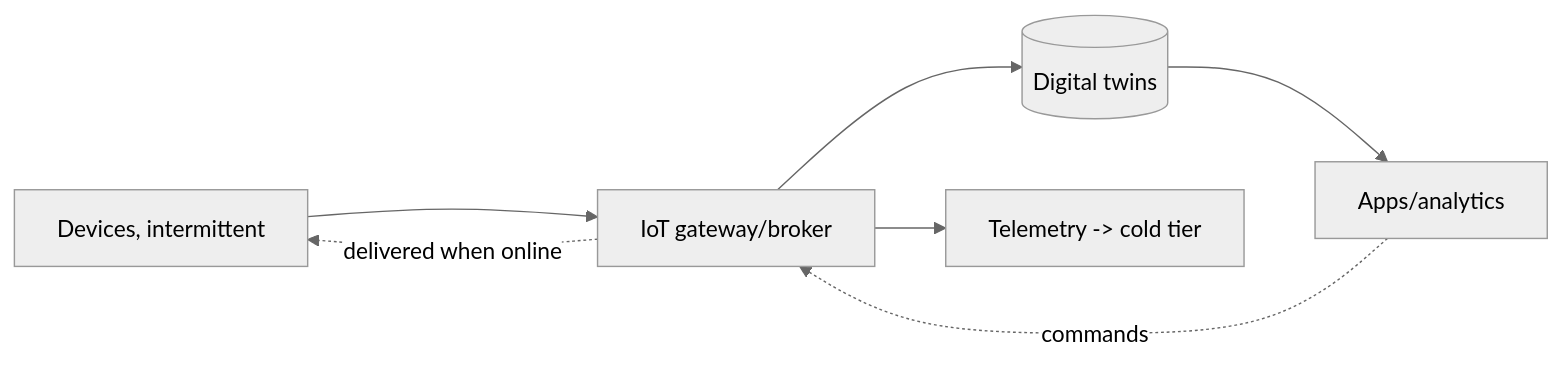
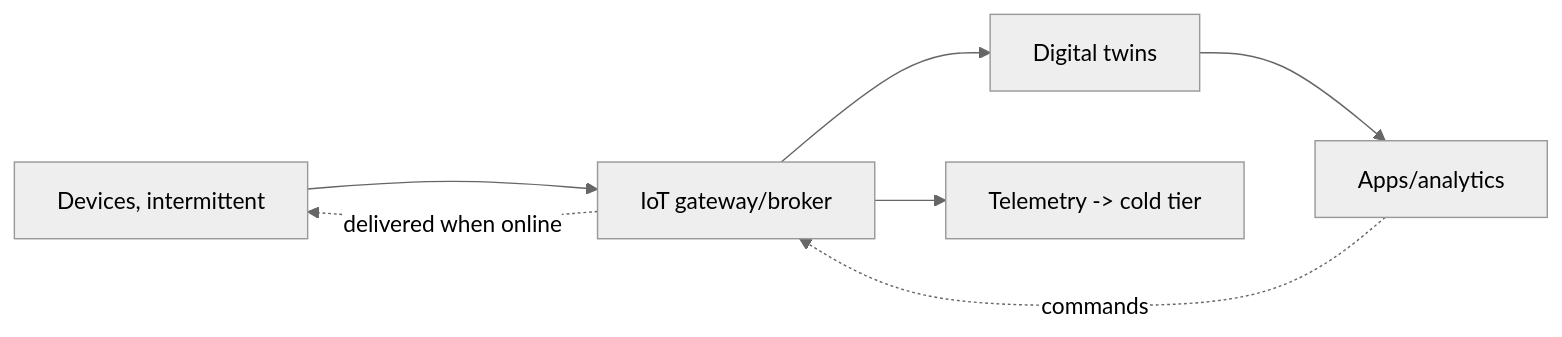
Before and after one commit to RIT-MESH/system-design-mastery: the first of 4 diagrams in case-studies/extreme/iot-platform.md, drawn with Mermaid (neutral theme). The commit also changed 139 other files, not shown here.

First line of the commit message:
Fix Mermaid parse errors: replace parentheses in node labels across 140 files

````diff
--- a/case-studies/extreme/iot-platform.md
+++ b/case-studies/extreme/iot-platform.md
@@ -51,9 +51,9 @@
 ```mermaid
 %% created-for: system-design-mastery
 flowchart LR
   Dev[Devices, intermittent] --> GW[IoT gateway/broker]
-  GW --> Twin[(Digital twins)]
+  GW --> Twin[Digital twins]
   Twin --> Apps[Apps/analytics]
   Apps -.commands.-> GW -.delivered when online.-> Dev
   GW --> Tier[Telemetry -> cold tier]
 ```
````
